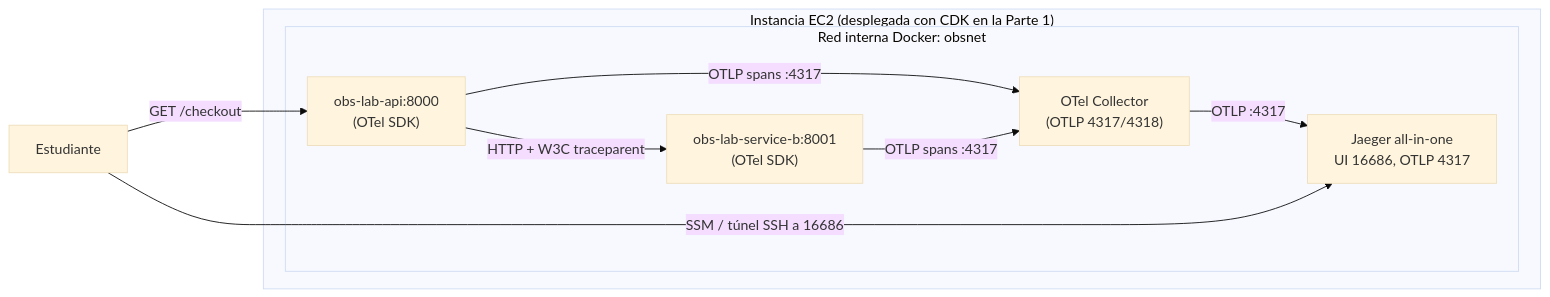
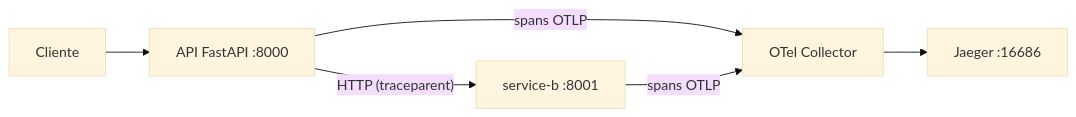
Before and after one commit to AWS-Cloud-Club-at-Universidad-del-Valle/challenge-sre: the diagram in 02-trazas-distribuidas-opentelemetry-jaeger.md, drawn with Mermaid (base theme). The commit also changed other lines of this file and 14 other files, not shown here.

Commit message:
docs: simplificar tutoriales (CDK, Grafana, dashboards, Jaeger) y limpiar artefactos del workflow

````diff
--- a/02-trazas-distribuidas-opentelemetry-jaeger.md
+++ b/02-trazas-distribuidas-opentelemetry-jaeger.md
@@ -68,19 +16,8 @@
 ```mermaid
 flowchart LR
-  DEV["Estudiante"] -- "GET /checkout" --> API
-
-  subgraph EC2["Instancia EC2 (desplegada con CDK en la Parte 1)"]
-    subgraph obsnet["Red interna Docker: obsnet"]
-      API["obs-lab-api:8000\n(OTel SDK)"]
-      SB["obs-lab-service-b:8001\n(OTel SDK)"]
-      COL["OTel Collector\n(OTLP 4317/4318)"]
-      JAEG["Jaeger all-in-one\nUI 16686, OTLP 4317"]
-    end
-  end
-
-  API -- "HTTP + W3C traceparent" --> SB
-  API -- "OTLP spans :4317" --> COL
-  SB  -- "OTLP spans :4317" --> COL
-  COL -- "OTLP :4317" --> JAEG
-  DEV -- "SSM / túnel SSH a 16686" --> JAEG
+    C["Cliente"] --> API["API FastAPI :8000"]
+    API -->|"HTTP (traceparent)"| B["service-b :8001"]
+    API -->|"spans OTLP"| COL["OTel Collector"]
+    B -->|"spans OTLP"| COL
+    COL --> J["Jaeger :16686"]
 ```
````
